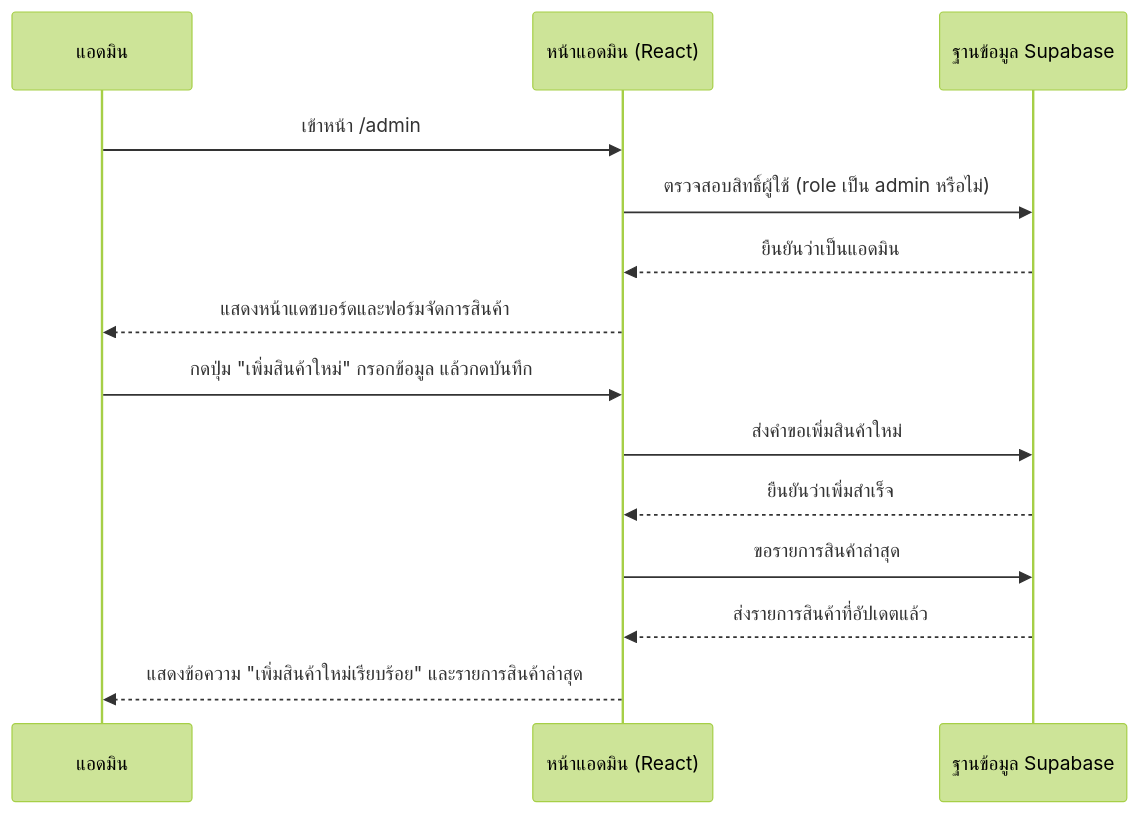
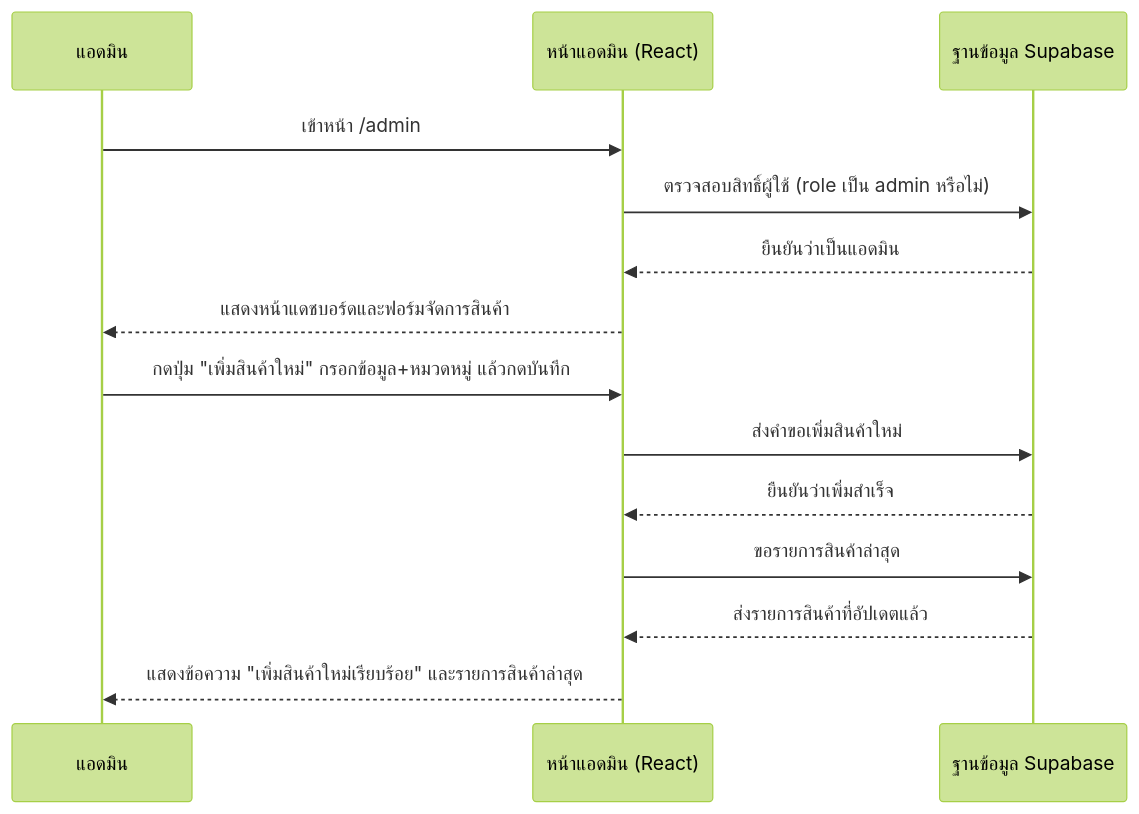
The eighth of 11 diagrams in docs/use-case-and-sequence.md (Kachanop/BM_com_v2), drawn with Mermaid (forest theme) before and after one commit. The commit also changed other lines of this file and 6 other files, not shown here.

````diff
--- a/docs/use-case-and-sequence.md
+++ b/docs/use-case-and-sequence.md
@@ -84,18 +158,18 @@
 ```mermaid
 sequenceDiagram
     participant แอดมิน as แอดมิน
     participant เว็บ as หน้าแอดมิน (React)
     participant DB as ฐานข้อมูล Supabase
 
     แอดมิน->>เว็บ: เข้าหน้า /admin
     เว็บ->>DB: ตรวจสอบสิทธิ์ผู้ใช้ (role เป็น admin หรือไม่)
     DB-->>เว็บ: ยืนยันว่าเป็นแอดมิน
     เว็บ-->>แอดมิน: แสดงหน้าแดชบอร์ดและฟอร์มจัดการสินค้า
 
-    แอดมิน->>เว็บ: กดปุ่ม "เพิ่มสินค้าใหม่" กรอกข้อมูล แล้วกดบันทึก
+    แอดมิน->>เว็บ: กดปุ่ม "เพิ่มสินค้าใหม่" กรอกข้อมูล+หมวดหมู่ แล้วกดบันทึก
     เว็บ->>DB: ส่งคำขอเพิ่มสินค้าใหม่
     DB-->>เว็บ: ยืนยันว่าเพิ่มสำเร็จ
     เว็บ->>DB: ขอรายการสินค้าล่าสุด
     DB-->>เว็บ: ส่งรายการสินค้าที่อัปเดตแล้ว
     เว็บ-->>แอดมิน: แสดงข้อความ "เพิ่มสินค้าใหม่เรียบร้อย" และรายการสินค้าล่าสุด
 ```
````
